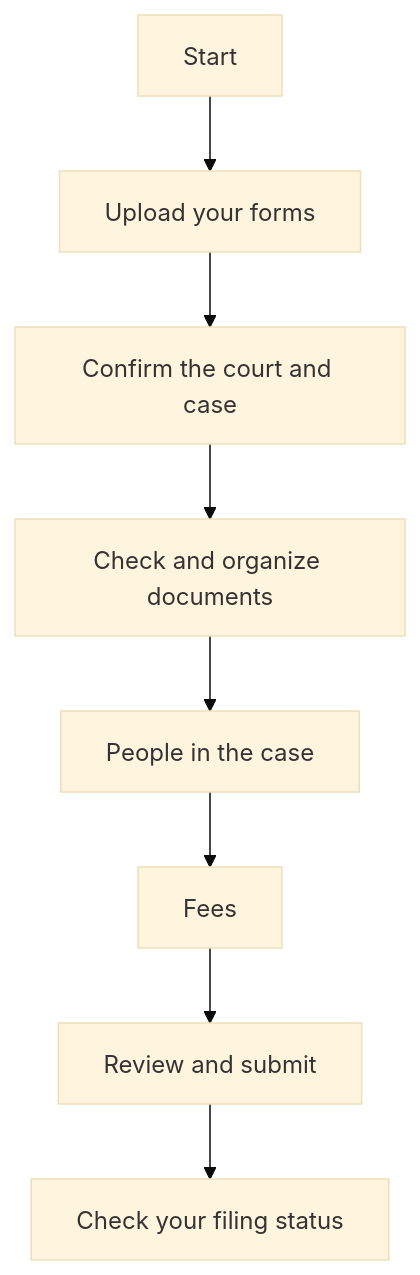
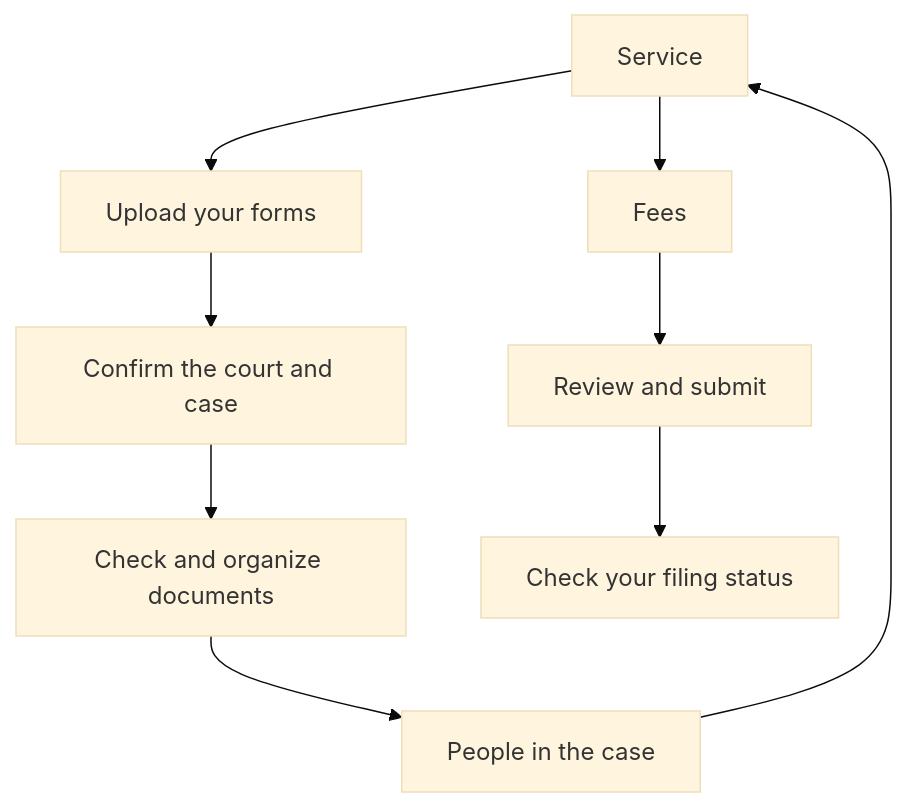
One commit to SuffolkLITLab/LITEfile changed the second of 2 diagrams in docs/docs/user-guide/overview.md. Above: the diagram before and after it, drawn with Mermaid (base theme). The commit also changed 37 other files, not shown here.

````diff
--- a/docs/docs/user-guide/overview.md
+++ b/docs/docs/user-guide/overview.md
@@ -39,10 +39,11 @@
 ```mermaid
 flowchart TD
     S["Start"] --> U["Upload your forms"]
     U --> C["Confirm the court and case"]
     C --> D["Check and organize documents"]
     D --> P["People in the case"]
-    P --> F["Fees"]
+    P --> S["Service"]
+    S --> F["Fees"]
     F --> R["Review and submit"]
     R --> T["Check your filing status"]
 ```
````
